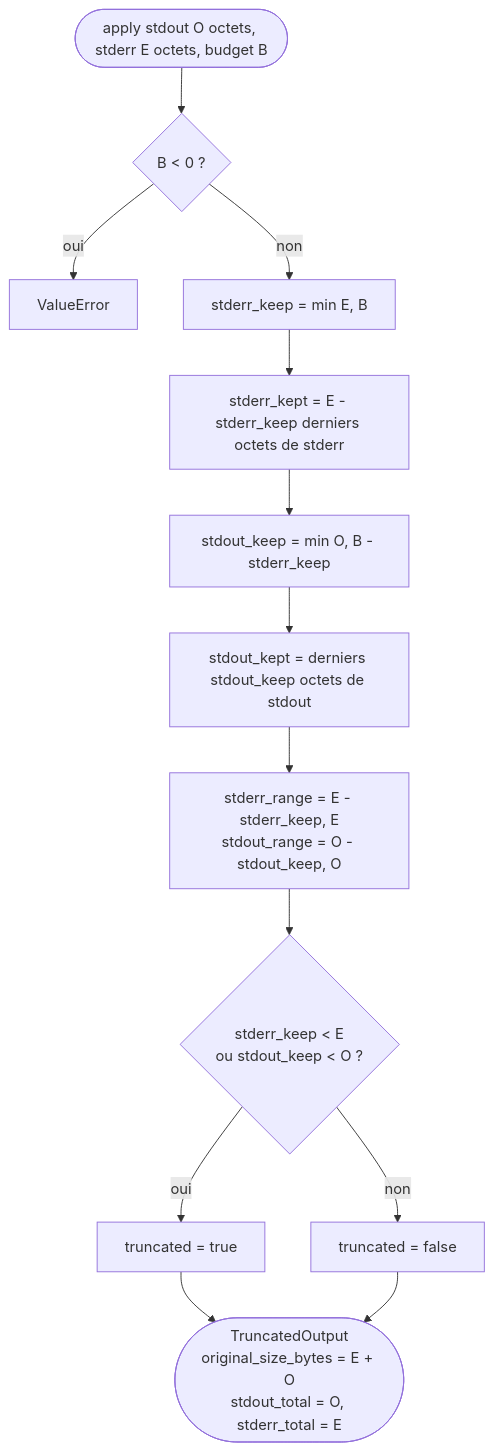
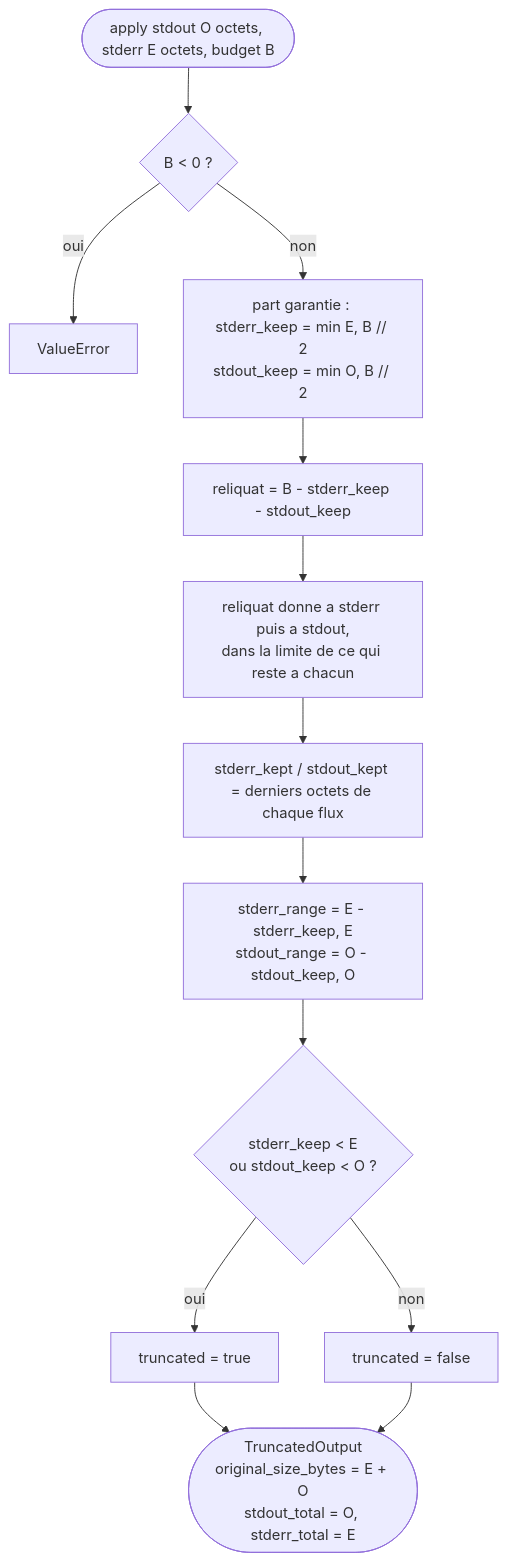
The third of 4 diagrams in docs/phases/phase-04-task-execution.md (moabidi91/agentic-local-app), drawn with Mermaid before and after one commit. The commit also changed other lines of this file and 49 other files, not shown here.

````diff
--- a/docs/phases/phase-04-task-execution.md
+++ b/docs/phases/phase-04-task-execution.md
@@ -232,15 +232,15 @@
 ```mermaid
 flowchart TD
     A([apply stdout O octets, stderr E octets, budget B]) --> B{B < 0 ?}
     B -- oui --> ERR[ValueError]
-    B -- non --> C[stderr_keep = min E, B]
-    C --> D[stderr_kept = E - stderr_keep derniers octets de stderr]
-    D --> E1[stdout_keep = min O, B - stderr_keep]
-    E1 --> F[stdout_kept = derniers stdout_keep octets de stdout]
+    B -- non --> C[part garantie : stderr_keep = min E, B // 2<br/>stdout_keep = min O, B // 2]
+    C --> D[reliquat = B - stderr_keep - stdout_keep]
+    D --> E1[reliquat donne a stderr puis a stdout,<br/>dans la limite de ce qui reste a chacun]
+    E1 --> F[stderr_kept / stdout_kept = derniers octets de chaque flux]
     F --> G[stderr_range = E - stderr_keep, E<br/>stdout_range = O - stdout_keep, O]
     G --> H{stderr_keep < E<br/>ou stdout_keep < O ?}
     H -- oui --> T1[truncated = true]
     H -- non --> T0[truncated = false]
     T1 --> R([TruncatedOutput<br/>original_size_bytes = E + O<br/>stdout_total = O, stderr_total = E])
     T0 --> R
 ```
````
